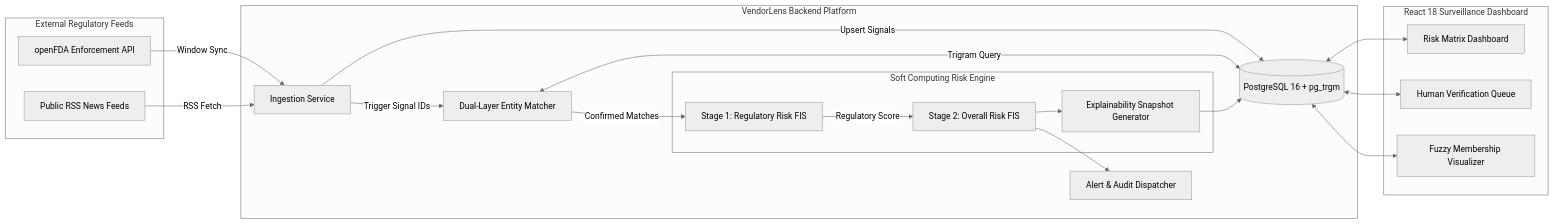
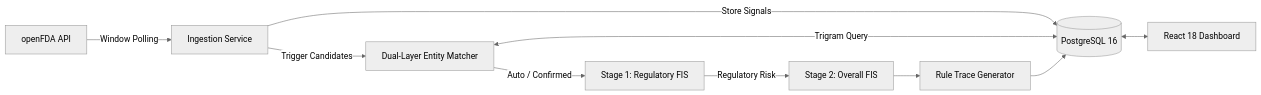
One commit to aswinbinu006/VendorLens changed the first of 2 diagrams in report.md. Above: the diagram before and after it, drawn with Mermaid (neutral theme). The commit also changed other lines of this file and 15 other files, not shown here.

````diff
--- a/report.md
+++ b/report.md
@@ -218,41 +123,12 @@
 ```mermaid
 flowchart LR
-    subgraph ExternalSources[External Regulatory Feeds]
-        FDA[openFDA Enforcement API]
-        NEWS[Public RSS News Feeds]
-    end
-
-    subgraph CoreEngine[VendorLens Backend Platform]
-        ING[Ingestion Service]
-        MAT[Dual-Layer Entity Matcher]
-        DB[(PostgreSQL 16 + pg_trgm)]
-        
-        subgraph SoftComputing[Soft Computing Risk Engine]
-            FIS1[Stage 1: Regulatory Risk FIS]
-            FIS2[Stage 2: Overall Risk FIS]
-            EXP[Explainability Snapshot Generator]
-        end
-        
-        ALR[Alert & Audit Dispatcher]
-    end
-
-    subgraph ClientUI[React 18 Surveillance Dashboard]
-        DASH[Risk Matrix Dashboard]
-        QUEUE[Human Verification Queue]
-        RULES[Fuzzy Membership Visualizer]
-    end
-
-    FDA -->|Window Sync| ING
-    NEWS -->|RSS Fetch| ING
-    ING -->|Upsert Signals| DB
-    ING -->|Trigger Signal IDs| MAT
+    FDA[openFDA API] -->|Window Polling| ING[Ingestion Service]
+    ING -->|Store Signals| DB[(PostgreSQL 16)]
+    ING -->|Trigger Candidates| MAT[Dual-Layer Entity Matcher]
     MAT <-->|Trigram Query| DB
-    MAT -->|Confirmed Matches| FIS1
-    FIS1 -->|Regulatory Score| FIS2
-    FIS2 --> EXP
+    MAT -->|Auto / Confirmed| FIS1[Stage 1: Regulatory FIS]
+    FIS1 -->|Regulatory Risk| FIS2[Stage 2: Overall FIS]
+    FIS2 --> EXP[Rule Trace Generator]
     EXP --> DB
-    FIS2 --> ALR
-    DB <--> DASH
-    DB <--> QUEUE
-    DB <--> RULES
+    DB <--> UI[React 18 Dashboard]
 ```
````
